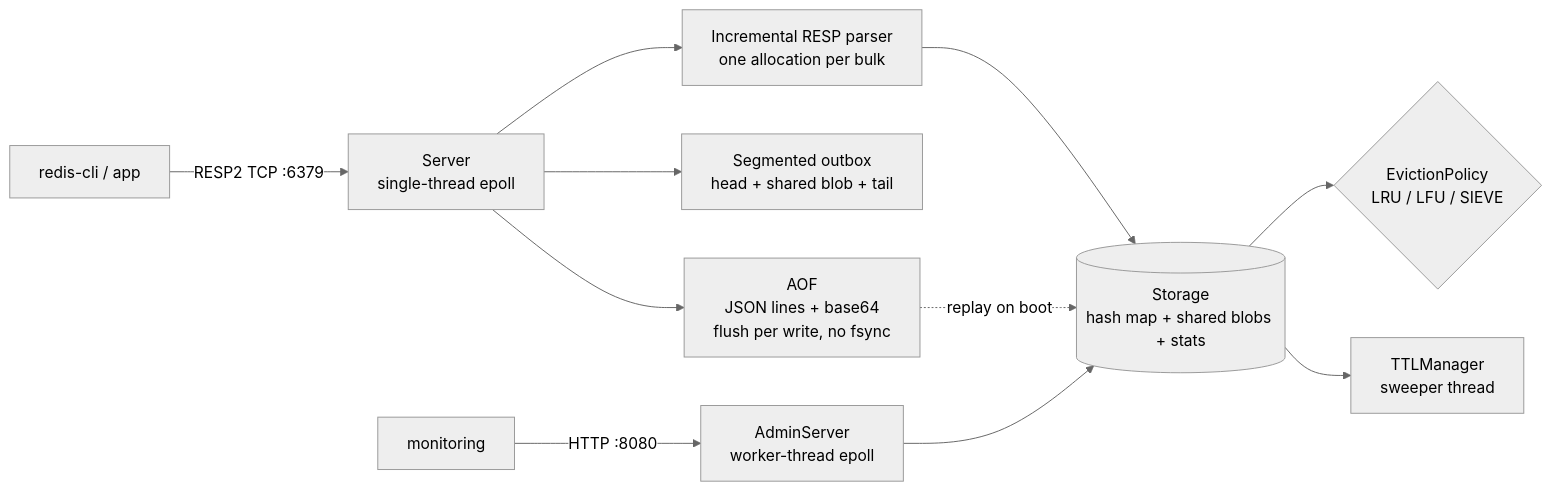
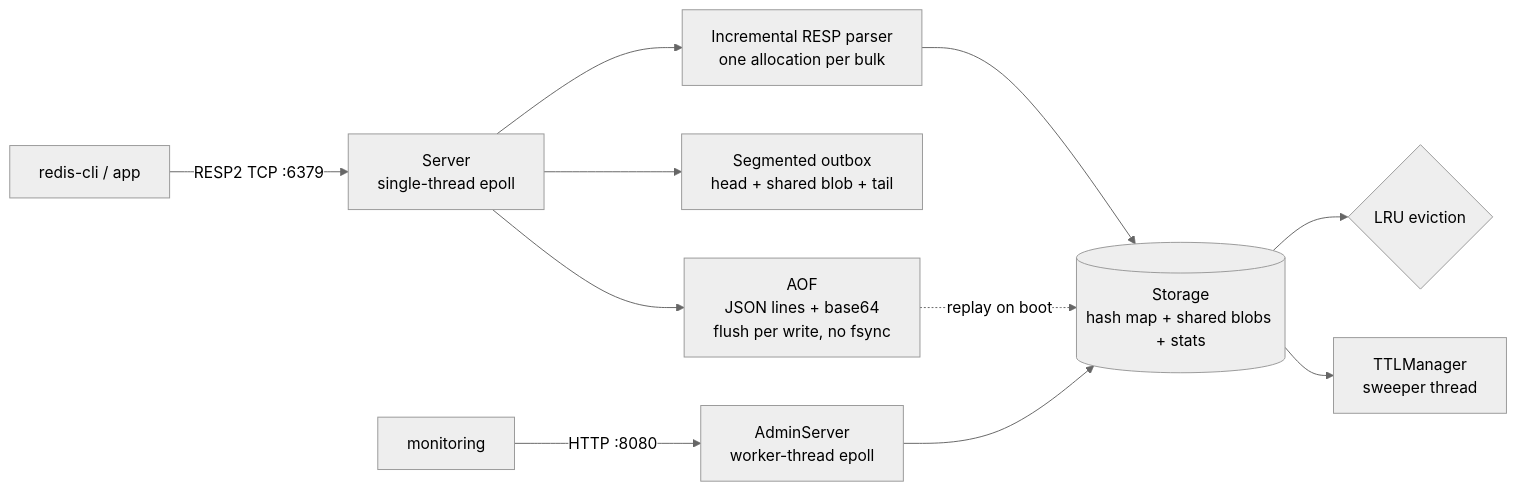
One commit to ima-d-ice/polycache changed the diagram in README.md. Above: the diagram before and after it, drawn with Mermaid (neutral theme). The commit also changed other lines of this file and 6 other files, not shown here.

````diff
--- a/README.md
+++ b/README.md
@@ -95,13 +87,13 @@
 ```mermaid
 flowchart LR
     C[redis-cli / app] -- RESP2 TCP :6379 --> S[Server<br/>single-thread epoll]
     S --> P[Incremental RESP parser<br/>one allocation per bulk]
     P --> ST[(Storage<br/>hash map + shared blobs + stats)]
-    ST --> EV{EvictionPolicy<br/>LRU / LFU / SIEVE}
+    ST --> EV{LRU eviction}
     ST --> TTL[TTLManager<br/>sweeper thread]
     S --> O[Segmented outbox<br/>head + shared blob + tail]
     S --> AOF[AOF<br/>JSON lines + base64<br/>flush per write, no fsync]
     AOF -. replay on boot .-> ST
     M[monitoring] -- HTTP :8080 --> AD[AdminServer<br/>worker-thread epoll]
     AD --> ST
 ```
````
